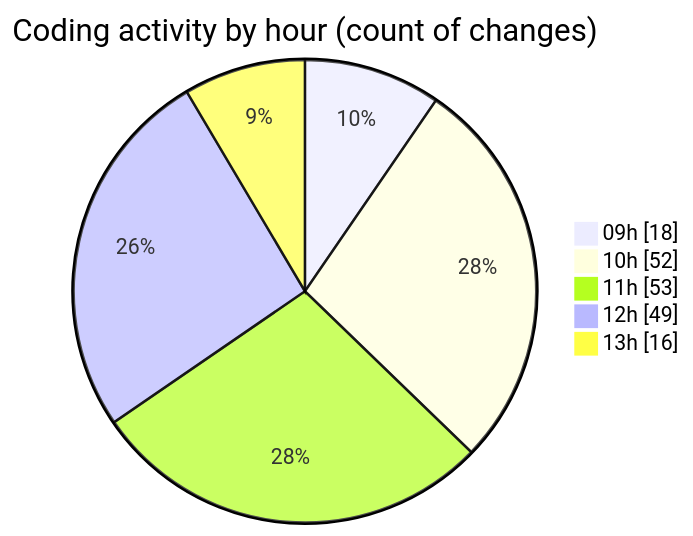
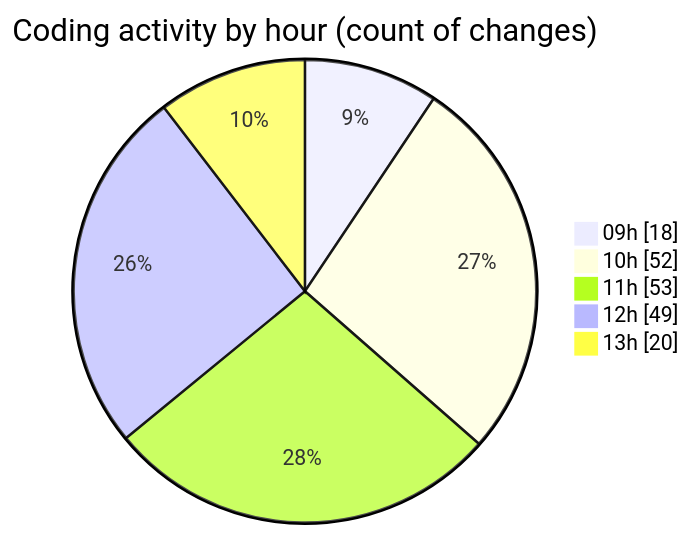
Before and after one commit to momahboobian/code-tracking: the second of 2 diagrams in 2025-03-21/cda/README.md, drawn with Mermaid. The commit also changed other lines of this file and 1 other file, not shown here.

````diff
--- a/2025-03-21/cda/README.md
+++ b/2025-03-21/cda/README.md
@@ -51,9 +51,9 @@
 ```mermaid
 pie showData
 title Coding activity by hour (count of changes)
 "09h" : 18
 "10h" : 52
 "11h" : 53
 "12h" : 49
-"13h" : 16
+"13h" : 20
 ```
````
